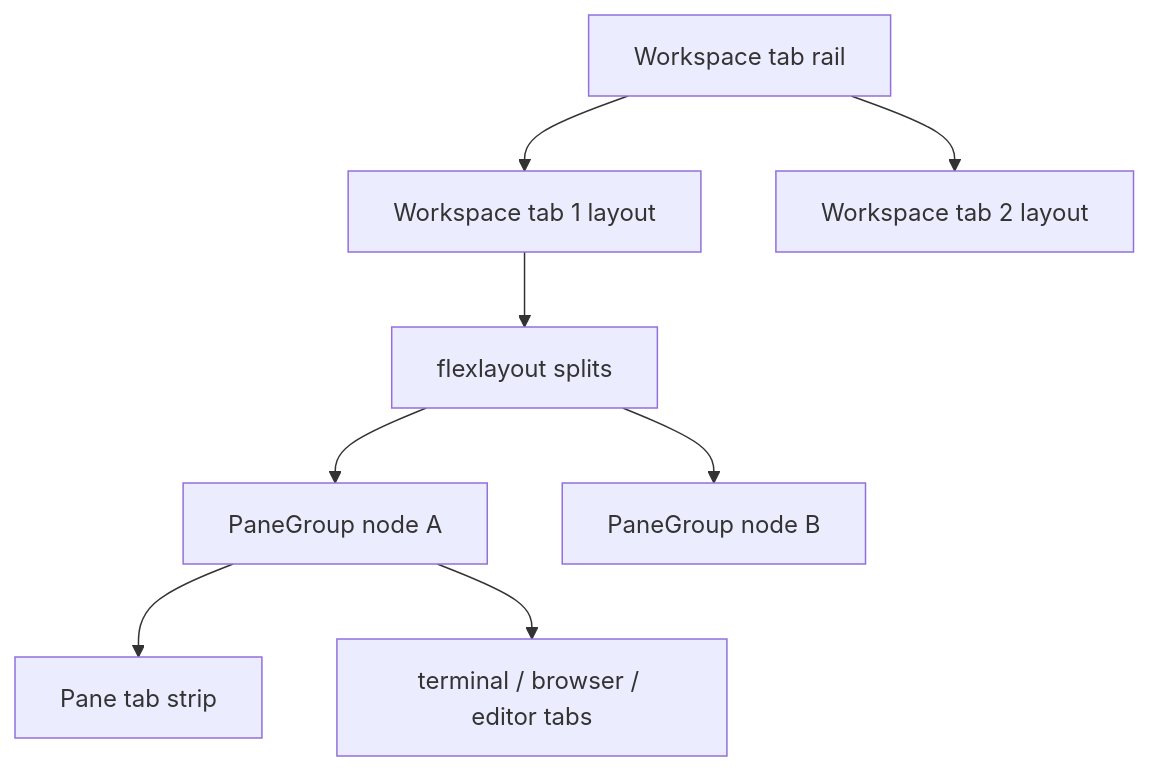
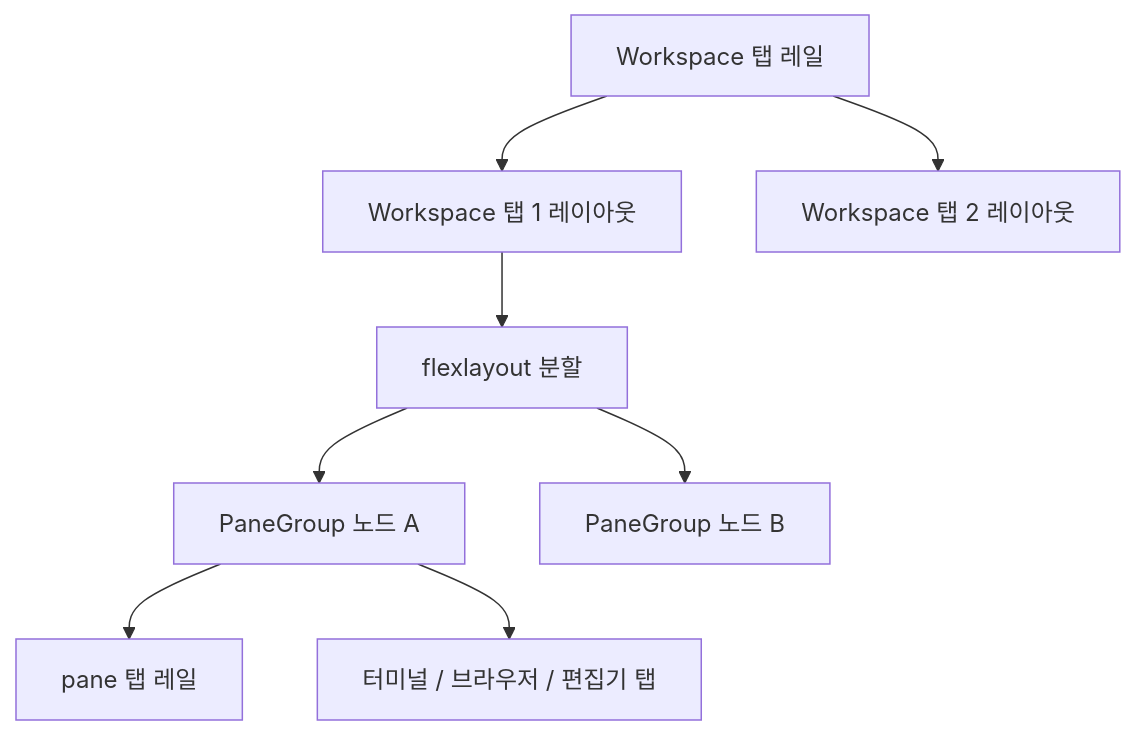
One commit to lkh0310kr/workspace changed the second of 2 diagrams in docs/architecture/01-overview.md. Above: the diagram before and after it, drawn with Mermaid. The commit also changed other lines of this file and 12 other files, not shown here.

````diff
--- a/docs/architecture/01-overview.md
+++ b/docs/architecture/01-overview.md
@@ -29,13 +29,13 @@
 ```mermaid
 flowchart TB
-  Rail[Workspace tab rail]
-  WS1[Workspace tab 1 layout]
-  WS2[Workspace tab 2 layout]
+  Rail[Workspace 탭 레일]
+  WS1[Workspace 탭 1 레이아웃]
+  WS2[Workspace 탭 2 레이아웃]
   Rail --> WS1
   Rail --> WS2
-  WS1 --> Split[flexlayout splits]
-  Split --> PaneA[PaneGroup node A]
-  Split --> PaneB[PaneGroup node B]
-  PaneA --> TabStrip[Pane tab strip]
-  PaneA --> Content[terminal / browser / editor tabs]
+  WS1 --> Split[flexlayout 분할]
+  Split --> PaneA[PaneGroup 노드 A]
+  Split --> PaneB[PaneGroup 노드 B]
+  PaneA --> TabStrip[pane 탭 레일]
+  PaneA --> Content[터미널 / 브라우저 / 편집기 탭]
 ```
````
